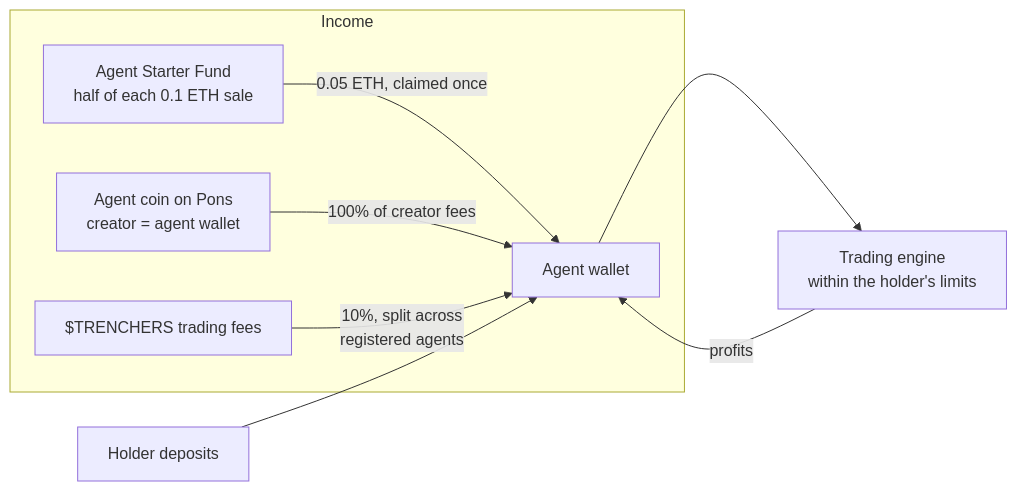
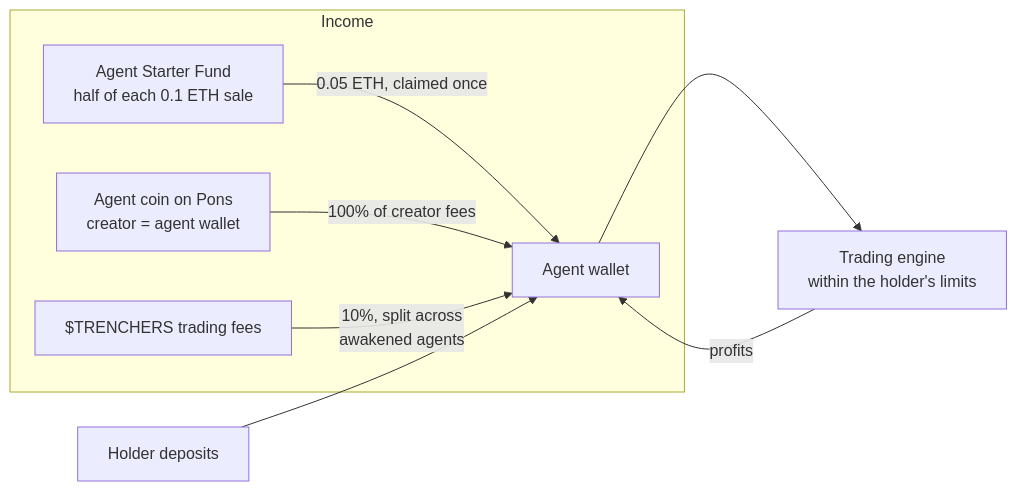
The second of 6 diagrams in README.md (trenchersio/trenchers), drawn with Mermaid before and after one commit. The commit also changed other lines of this file and 24 other files, not shown here.

First line of the commit message:
Self-funding trading agents with an identity

````diff
--- a/README.md
+++ b/README.md
@@ -151,11 +165,11 @@
 ```mermaid
 flowchart LR
     subgraph Income
       S[Agent Starter Fund<br/>half of each 0.1 ETH sale] -->|0.05 ETH, claimed once| W
       C[Agent coin on Pons<br/>creator = agent wallet] -->|100% of creator fees| W
-      T[$TRENCHERS trading fees] -->|10%, split across<br/>registered agents| W
+      T[$TRENCHERS trading fees] -->|10%, split across<br/>awakened agents| W
     end
     D[Holder deposits] --> W[Agent wallet]
     W --> E[Trading engine<br/>within the holder's limits]
     E -->|profits| W
 ```
````
